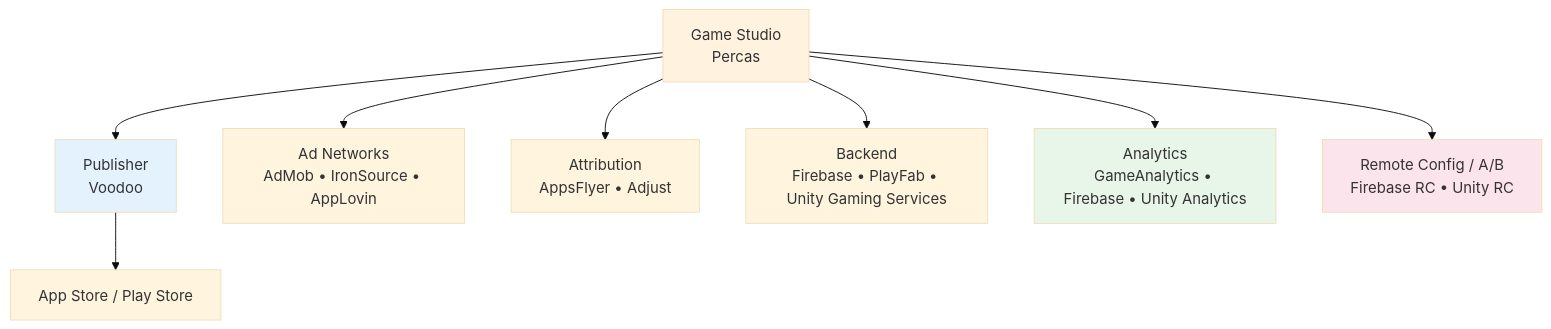
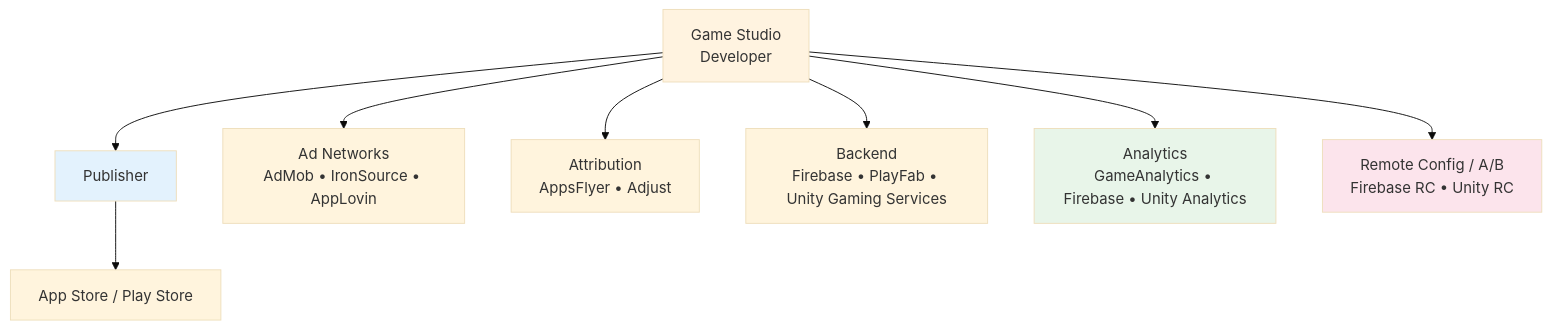
Before and after one commit to thinhnv-percas/Architecture-Template: the seventh of 8 diagrams in unity-master-roadmap.md, drawn with Mermaid (base theme). The commit also changed other lines of this file, not shown here.

````diff
--- a/unity-master-roadmap.md
+++ b/unity-master-roadmap.md
@@ -1331,24 +3841,24 @@
 ```mermaid
 flowchart TD
-    DEV[Game Studio<br/>Percas]
-    PUB[Publisher<br/>Voodoo]
+    DEV[Game Studio<br/>Developer]
+    PUB[Publisher]
     STORE[App Store / Play Store]
     NETWORK[Ad Networks<br/>AdMob • IronSource • AppLovin]
     ATTR[Attribution<br/>AppsFlyer • Adjust]
     BACK[Backend<br/>Firebase • PlayFab • Unity Gaming Services]
     ANA[Analytics<br/>GameAnalytics • Firebase • Unity Analytics]
     REM[Remote Config / A/B<br/>Firebase RC • Unity RC]
 
     DEV --> PUB
     PUB --> STORE
     DEV --> NETWORK
     DEV --> ATTR
     DEV --> BACK
     DEV --> ANA
     DEV --> REM
 
     style DEV fill:#fff3e0
     style PUB fill:#e3f2fd
     style ANA fill:#e8f5e9
     style REM fill:#fce4ec
 ```
````
